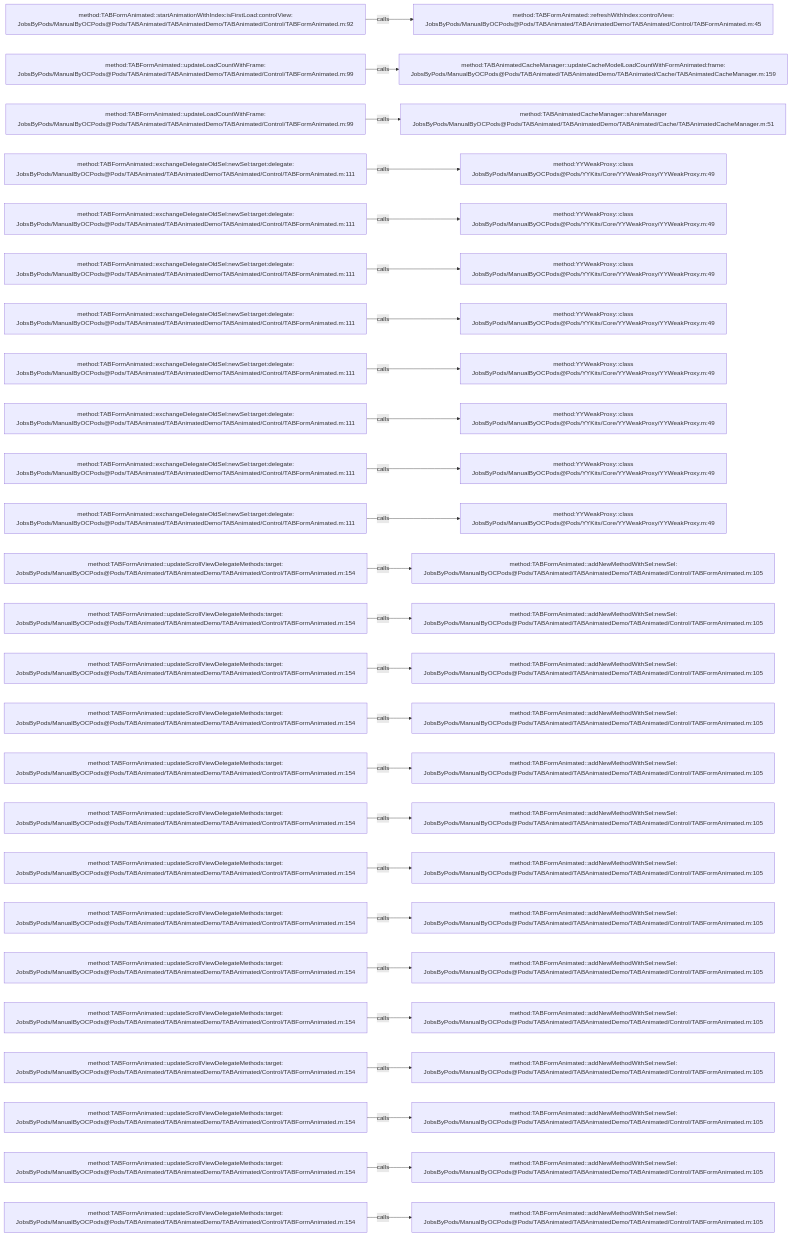
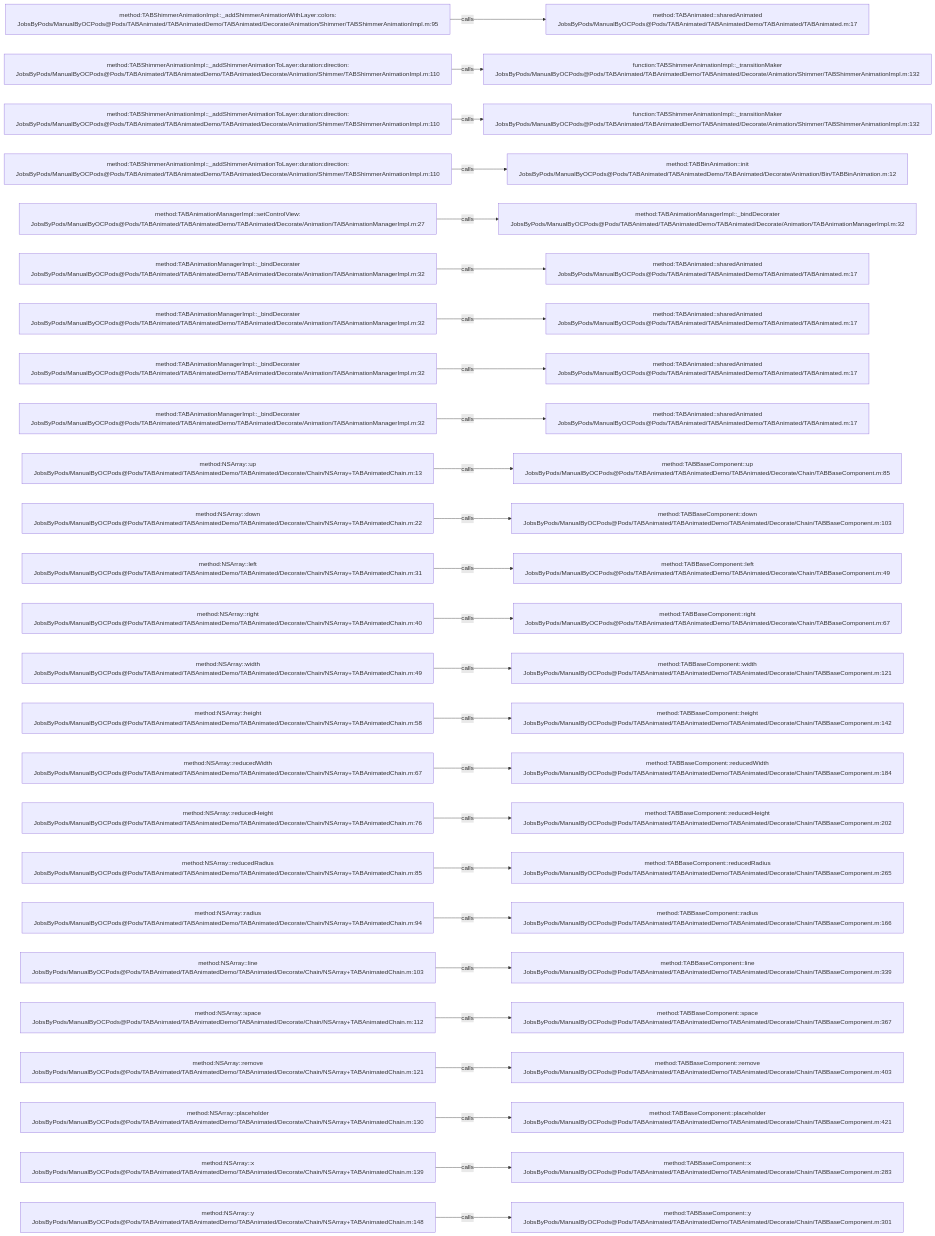
One commit to JobsKits/JobsOCBaseConfigDemo changed the diagram in .codegraph/codegraph.md/graphs/calls-022.md. Above: the diagram before and after it, drawn with Mermaid. The commit also changed 1448 other files, not shown here.

````diff
--- a/.codegraph/codegraph.md/graphs/calls-022.md
+++ b/.codegraph/codegraph.md/graphs/calls-022.md
@@ -13,78 +13,78 @@
 ```mermaid
 flowchart LR
-  S1["method:TABFormAnimated::startAnimationWithIndex:isFirstLoad:controlView:<br/>JobsByPods/ManualByOCPods@Pods/TABAnimated/TABAnimatedDemo/TABAnimated/Control/TABFormAnimated.m:92"]
-  T1["method:TABFormAnimated::refreshWithIndex:controlView:<br/>JobsByPods/ManualByOCPods@Pods/TABAnimated/TABAnimatedDemo/TABAnimated/Control/TABFormAnimated.m:45"]
+  S1["method:TABShimmerAnimationImpl::_addShimmerAnimationWithLayer:colors:<br/>JobsByPods/ManualByOCPods@Pods/TABAnimated/TABAnimatedDemo/TABAnimated/Decorate/Animation/Shimmer/TABShimmerAnimationImpl.m:95"]
+  T1["method:TABAnimated::sharedAnimated<br/>JobsByPods/ManualByOCPods@Pods/TABAnimated/TABAnimatedDemo/TABAnimated/TABAnimated.m:17"]
   S1 -->|calls| T1
-  S2["method:TABFormAnimated::updateLoadCountWithFrame:<br/>JobsByPods/ManualByOCPods@Pods/TABAnimated/TABAnimatedDemo/TABAnimated/Control/TABFormAnimated.m:99"]
-  T2["method:TABAnimatedCacheManager::updateCacheModelLoadCountWithFormAnimated:frame:<br/>JobsByPods/ManualByOCPods@Pods/TABAnimated/TABAnimatedDemo/TABAnimated/Cache/TABAnimatedCacheManager.m:159"]
+  S2["method:TABShimmerAnimationImpl::_addShimmerAnimationToLayer:duration:direction:<br/>JobsByPods/ManualByOCPods@Pods/TABAnimated/TABAnimatedDemo/TABAnimated/Decorate/Animation/Shimmer/TABShimmerAnimationImpl.m:110"]
+  T2["function:TABShimmerAnimationImpl::_transitionMaker<br/>JobsByPods/ManualByOCPods@Pods/TABAnimated/TABAnimatedDemo/TABAnimated/Decorate/Animation/Shimmer/TABShimmerAnimationImpl.m:132"]
   S2 -->|calls| T2
-  S3["method:TABFormAnimated::updateLoadCountWithFrame:<br/>JobsByPods/ManualByOCPods@Pods/TABAnimated/TABAnimatedDemo/TABAnimated/Control/TABFormAnimated.m:99"]
-  T3["method:TABAnimatedCacheManager::shareManager<br/>JobsByPods/ManualByOCPods@Pods/TABAnimated/TABAnimatedDemo/TABAnimated/Cache/TABAnimatedCacheManager.m:51"]
+  S3["method:TABShimmerAnimationImpl::_addShimmerAnimationToLayer:duration:direction:<br/>JobsByPods/ManualByOCPods@Pods/TABAnimated/TABAnimatedDemo/TABAnimated/Decorate/Animation/Shimmer/TABShimmerAnimationImpl.m:110"]
+  T3["function:TABShimmerAnimationImpl::_transitionMaker<br/>JobsByPods/ManualByOCPods@Pods/TABAnimated/TABAnimatedDemo/TABAnimated/Decorate/Animation/Shimmer/TABShimmerAnimationImpl.m:132"]
   S3 -->|calls| T3
-  S4["method:TABFormAnimated::exchangeDelegateOldSel:newSel:target:delegate:<br/>JobsByPods/ManualByOCPods@Pods/TABAnimated/TABAnimatedDemo/TABAnimated/Control/TABFormAnimated.m:111"]
-  T4["method:YYWeakProxy::class<br/>JobsByPods/ManualByOCPods@Pods/YYKits/Core/YYWeakProxy/YYWeakProxy.m:49"]
+  S4["method:TABShimmerAnimationImpl::_addShimmerAnimationToLayer:duration:direction:<br/>JobsByPods/ManualByOCPods@Pods/TABAnimated/TABAnimatedDemo/TABAnimated/Decorate/Animation/Shimmer/TABShimmerAnimationImpl.m:110"]
+  T4["method:TABBinAnimation::init<br/>JobsByPods/ManualByOCPods@Pods/TABAnimated/TABAnimatedDemo/TABAnimated/Decorate/Animation/Bin/TABBinAnimation.m:12"]
   S4 -->|calls| T4
-  S5["method:TABFormAnimated::exchangeDelegateOldSel:newSel:target:delegate:<br/>JobsByPods/ManualByOCPods@Pods/TABAnimated/TABAnimatedDemo/TABAnimated/Control/TABFormAnimated.m:111"]
-  T5["method:YYWeakProxy::class<br/>JobsByPods/ManualByOCPods@Pods/YYKits/Core/YYWeakProxy/YYWeakProxy.m:49"]
+  S5["method:TABAnimationManagerImpl::setControlView:<br/>JobsByPods/ManualByOCPods@Pods/TABAnimated/TABAnimatedDemo/TABAnimated/Decorate/Animation/TABAnimationManagerImpl.m:27"]
+  T5["method:TABAnimationManagerImpl::_bindDecorater<br/>JobsByPods/ManualByOCPods@Pods/TABAnimated/TABAnimatedDemo/TABAnimated/Decorate/Animation/TABAnimationManagerImpl.m:32"]
   S5 -->|calls| T5
-  S6["method:TABFormAnimated::exchangeDelegateOldSel:newSel:target:delegate:<br/>JobsByPods/ManualByOCPods@Pods/TABAnimated/TABAnimatedDemo/TABAnimated/Control/TABFormAnimated.m:111"]
-  T6["method:YYWeakProxy::class<br/>JobsByPods/ManualByOCPods@Pods/YYKits/Core/YYWeakProxy/YYWeakProxy.m:49"]
+  S6["method:TABAnimationManagerImpl::_bindDecorater<br/>JobsByPods/ManualByOCPods@Pods/TABAnimated/TABAnimatedDemo/TABAnimated/Decorate/Animation/TABAnimationManagerImpl.m:32"]
+  T6["method:TABAnimated::sharedAnimated<br/>JobsByPods/ManualByOCPods@Pods/TABAnimated/TABAnimatedDemo/TABAnimated/TABAnimated.m:17"]
   S6 -->|calls| T6
-  S7["method:TABFormAnimated::exchangeDelegateOldSel:newSel:target:delegate:<br/>JobsByPods/ManualByOCPods@Pods/TABAnimated/TABAnimatedDemo/TABAnimated/Control/TABFormAnimated.m:111"]
-  T7["method:YYWeakProxy::class<br/>JobsByPods/ManualByOCPods@Pods/YYKits/Core/YYWeakProxy/YYWeakProxy.m:49"]
+  S7["method:TABAnimationManagerImpl::_bindDecorater<br/>JobsByPods/ManualByOCPods@Pods/TABAnimated/TABAnimatedDemo/TABAnimated/Decorate/Animation/TABAnimationManagerImpl.m:32"]
+  T7["method:TABAnimated::sharedAnimated<br/>JobsByPods/ManualByOCPods@Pods/TABAnimated/TABAnimatedDemo/TABAnimated/TABAnimated.m:17"]
   S7 -->|calls| T7
-  S8["method:TABFormAnimated::exchangeDelegateOldSel:newSel:target:delegate:<br/>JobsByPods/ManualByOCPods@Pods/TABAnimated/TABAnimatedDemo/TABAnimated/Control/TABFormAnimated.m:111"]
-  T8["method:YYWeakProxy::class<br/>JobsByPods/ManualByOCPods@Pods/YYKits/Core/YYWeakProxy/YYWeakProxy.m:49"]
+  S8["method:TABAnimationManagerImpl::_bindDecorater<br/>JobsByPods/ManualByOCPods@Pods/TABAnimated/TABAnimatedDemo/TABAnimated/Decorate/Animation/TABAnimationManagerImpl.m:32"]
+  T8["method:TABAnimated::sharedAnimated<br/>JobsByPods/ManualByOCPods@Pods/TABAnimated/TABAnimatedDemo/TABAnimated/TABAnimated.m:17"]
   S8 -->|calls| T8
-  S9["method:TABFormAnimated::exchangeDelegateOldSel:newSel:target:delegate:<br/>JobsByPods/ManualByOCPods@Pods/TABAnimated/TABAnimatedDemo/TABAnimated/Control/TABFormAnimated.m:111"]
-  T9["method:YYWeakProxy::class<br/>JobsByPods/ManualByOCPods@Pods/YYKits/Core/YYWeakProxy/YYWeakProxy.m:49"]
+  S9["method:TABAnimationManagerImpl::_bindDecorater<br/>JobsByPods/ManualByOCPods@Pods/TABAnimated/TABAnimatedDemo/TABAnimated/Decorate/Animation/TABAnimationManagerImpl.m:32"]
+  T9["method:TABAnimated::sharedAnimated<br/>JobsByPods/ManualByOCPods@Pods/TABAnimated/TABAnimatedDemo/TABAnimated/TABAnimated.m:17"]
   S9 -->|calls| T9
-  S10["method:TABFormAnimated::exchangeDelegateOldSel:newSel:target:delegate:<br/>JobsByPods/ManualByOCPods@Pods/TABAnimated/TABAnimatedDemo/TABAnimated/Control/TABFormAnimated.m:111"]
-  T10["method:YYWeakProxy::class<br/>JobsByPods/ManualByOCPods@Pods/YYKits/Core/YYWeakProxy/YYWeakProxy.m:49"]
+  S10["method:NSArray::up<br/>JobsByPods/ManualByOCPods@Pods/TABAnimated/TABAnimatedDemo/TABAnimated/Decorate/Chain/NSArray+TABAnimatedChain.m:13"]
+  T10["method:TABBaseComponent::up<br/>JobsByPods/ManualByOCPods@Pods/TABAnimated/TABAnimatedDemo/TABAnimated/Decorate/Chain/TABBaseComponent.m:85"]
   S10 -->|calls| T10
-  S11["method:TABFormAnimated::exchangeDelegateOldSel:newSel:target:delegate:<br/>JobsByPods/ManualByOCPods@Pods/TABAnimated/TABAnimatedDemo/TABAnimated/Control/TABFormAnimated.m:111"]
-  T11["method:YYWeakProxy::class<br/>JobsByPods/ManualByOCPods@Pods/YYKits/Core/YYWeakProxy/YYWeakProxy.m:49"]
+  S11["method:NSArray::down<br/>JobsByPods/ManualByOCPods@Pods/TABAnimated/TABAnimatedDemo/TABAnimated/Decorate/Chain/NSArray+TABAnimatedChain.m:22"]
+  T11["method:TABBaseComponent::down<br/>JobsByPods/ManualByOCPods@Pods/TABAnimated/TABAnimatedDemo/TABAnimated/Decorate/Chain/TABBaseComponent.m:103"]
   S11 -->|calls| T11
-  S12["method:TABFormAnimated::updateScrollViewDelegateMethods:target:<br/>JobsByPods/ManualByOCPods@Pods/TABAnimated/TABAnimatedDemo/TABAnimated/Control/TABFormAnimated.m:154"]
-  T12["method:TABFormAnimated::addNewMethodWithSel:newSel:<br/>JobsByPods/ManualByOCPods@Pods/TABAnimated/TABAnimatedDemo/TABAnimated/Control/TABFormAnimated.m:105"]
+  S12["method:NSArray::left<br/>JobsByPods/ManualByOCPods@Pods/TABAnimated/TABAnimatedDemo/TABAnimated/Decorate/Chain/NSArray+TABAnimatedChain.m:31"]
+  T12["method:TABBaseComponent::left<br/>JobsByPods/ManualByOCPods@Pods/TABAnimated/TABAnimatedDemo/TABAnimated/Decorate/Chain/TABBaseComponent.m:49"]
   S12 -->|calls| T12
-  S13["method:TABFormAnimated::updateScrollViewDelegateMethods:target:<br/>JobsByPods/ManualByOCPods@Pods/TABAnimated/TABAnimatedDemo/TABAnimated/Control/TABFormAnimated.m:154"]
-  T13["method:TABFormAnimated::addNewMethodWithSel:newSel:<br/>JobsByPods/ManualByOCPods@Pods/TABAnimated/TABAnimatedDemo/TABAnimated/Control/TABFormAnimated.m:105"]
+  S13["method:NSArray::right<br/>JobsByPods/ManualByOCPods@Pods/TABAnimated/TABAnimatedDemo/TABAnimated/Decorate/Chain/NSArray+TABAnimatedChain.m:40"]
+  T13["method:TABBaseComponent::right<br/>JobsByPods/ManualByOCPods@Pods/TABAnimated/TABAnimatedDemo/TABAnimated/Decorate/Chain/TABBaseComponent.m:67"]
   S13 -->|calls| T13
-  S14["method:TABFormAnimated::updateScrollViewDelegateMethods:target:<br/>JobsByPods/ManualByOCPods@Pods/TABAnimated/TABAnimatedDemo/TABAnimated/Control/TABFormAnimated.m:154"]
-  T14["method:TABFormAnimated::addNewMethodWithSel:newSel:<br/>JobsByPods/ManualByOCPods@Pods/TABAnimated/TABAnimatedDemo/TABAnimated/Control/TABFormAnimated.m:105"]
+  S14["method:NSArray::width<br/>JobsByPods/ManualByOCPods@Pods/TABAnimated/TABAnimatedDemo/TABAnimated/Decorate/Chain/NSArray+TABAnimatedChain.m:49"]
+  T14["method:TABBaseComponent::width<br/>JobsByPods/ManualByOCPods@Pods/TABAnimated/TABAnimatedDemo/TABAnimated/Decorate/Chain/TABBaseComponent.m:121"]
   S14 -->|calls| T14
-  S15["method:TABFormAnimated::updateScrollViewDelegateMethods:target:<br/>JobsByPods/ManualByOCPods@Pods/TABAnimated/TABAnimatedDemo/TABAnimated/Control/TABFormAnimated.m:154"]
-  T15["method:TABFormAnimated::addNewMethodWithSel:newSel:<br/>JobsByPods/ManualByOCPods@Pods/TABAnimated/TABAnimatedDemo/TABAnimated/Control/TABFormAnimated.m:105"]
+  S15["method:NSArray::height<br/>JobsByPods/ManualByOCPods@Pods/TABAnimated/TABAnimatedDemo/TABAnimated/Decorate/Chain/NSArray+TABAnimatedChain.m:58"]
+  T15["method:TABBaseComponent::height<br/>JobsByPods/ManualByOCPods@Pods/TABAnimated/TABAnimatedDemo/TABAnimated/Decorate/Chain/TABBaseComponent.m:142"]
   S15 -->|calls| T15
-  S16["method:TABFormAnimated::updateScrollViewDelegateMethods:target:<br/>JobsByPods/ManualByOCPods@Pods/TABAnimated/TABAnimatedDemo/TABAnimated/Control/TABFormAnimated.m:154"]
-  T16["method:TABFormAnimated::addNewMethodWithSel:newSel:<br/>JobsByPods/ManualByOCPods@Pods/TABAnimated/TABAnimatedDemo/TABAnimated/Control/TABFormAnimated.m:105"]
+  S16["method:NSArray::reducedWidth<br/>JobsByPods/ManualByOCPods@Pods/TABAnimated/TABAnimatedDemo/TABAnimated/Decorate/Chain/NSArray+TABAnimatedChain.m:67"]
+  T16["method:TABBaseComponent::reducedWidth<br/>JobsByPods/ManualByOCPods@Pods/TABAnimated/TABAnimatedDemo/TABAnimated/Decorate/Chain/TABBaseComponent.m:184"]
   S16 -->|calls| T16
-  S17["method:TABFormAnimated::updateScrollViewDelegateMethods:target:<br/>JobsByPods/ManualByOCPods@Pods/TABAnimated/TABAnimatedDemo/TABAnimated/Control/TABFormAnimated.m:154"]
-  T17["method:TABFormAnimated::addNewMethodWithSel:newSel:<br/>JobsByPods/ManualByOCPods@Pods/TABAnimated/TABAnimatedDemo/TABAnimated/Control/TABFormAnimated.m:105"]
+  S17["method:NSArray::reducedHeight<br/>JobsByPods/ManualByOCPods@Pods/TABAnimated/TABAnimatedDemo/TABAnimated/Decorate/Chain/NSArray+TABAnimatedChain.m:76"]
+  T17["method:TABBaseComponent::reducedHeight<br/>JobsByPods/ManualByOCPods@Pods/TABAnimated/TABAnimatedDemo/TABAnimated/Decorate/Chain/TABBaseComponent.m:202"]
   S17 -->|calls| T17
-  S18["method:TABFormAnimated::updateScrollViewDelegateMethods:target:<br/>JobsByPods/ManualByOCPods@Pods/TABAnimated/TABAnimatedDemo/TABAnimated/Control/TABFormAnimated.m:154"]
-  T18["method:TABFormAnimated::addNewMethodWithSel:newSel:<br/>JobsByPods/ManualByOCPods@Pods/TABAnimated/TABAnimatedDemo/TABAnimated/Control/TABFormAnimated.m:105"]
+  S18["method:NSArray::reducedRadius<br/>JobsByPods/ManualByOCPods@Pods/TABAnimated/TABAnimatedDemo/TABAnimated/Decorate/Chain/NSArray+TABAnimatedChain.m:85"]
+  T18["method:TABBaseComponent::reducedRadius<br/>JobsByPods/ManualByOCPods@Pods/TABAnimated/TABAnimatedDemo/TABAnimated/Decorate/Chain/TABBaseComponent.m:265"]
   S18 -->|calls| T18
-  S19["method:TABFormAnimated::updateScrollViewDelegateMethods:target:<br/>JobsByPods/ManualByOCPods@Pods/TABAnimated/TABAnimatedDemo/TABAnimated/Control/TABFormAnimated.m:154"]
-  T19["method:TABFormAnimated::addNewMethodWithSel:newSel:<br/>JobsByPods/ManualByOCPods@Pods/TABAnimated/TABAnimatedDemo/TABAnimated/Control/TABFormAnimated.m:105"]
+  S19["method:NSArray::radius<br/>JobsByPods/ManualByOCPods@Pods/TABAnimated/TABAnimatedDemo/TABAnimated/Decorate/Chain/NSArray+TABAnimatedChain.m:94"]
+  T19["method:TABBaseComponent::radius<br/>JobsByPods/ManualByOCPods@Pods/TABAnimated/TABAnimatedDemo/TABAnimated/Decorate/Chain/TABBaseComponent.m:166"]
   S19 -->|calls| T19
-  S20["method:TABFormAnimated::updateScrollViewDelegateMethods:target:<br/>JobsByPods/ManualByOCPods@Pods/TABAnimated/TABAnimatedDemo/TABAnimated/Control/TABFormAnimated.m:154"]
-  T20["method:TABFormAnimated::addNewMethodWithSel:newSel:<br/>JobsByPods/ManualByOCPods@Pods/TABAnimated/TABAnimatedDemo/TABAnimated/Control/TABFormAnimated.m:105"]
+  S20["method:NSArray::line<br/>JobsByPods/ManualByOCPods@Pods/TABAnimated/TABAnimatedDemo/TABAnimated/Decorate/Chain/NSArray+TABAnimatedChain.m:103"]
+  T20["method:TABBaseComponent::line<br/>JobsByPods/ManualByOCPods@Pods/TABAnimated/TABAnimatedDemo/TABAnimated/Decorate/Chain/TABBaseComponent.m:339"]
   S20 -->|calls| T20
-  S21["method:TABFormAnimated::updateScrollViewDelegateMethods:target:<br/>JobsByPods/ManualByOCPods@Pods/TABAnimated/TABAnimatedDemo/TABAnimated/Control/TABFormAnimated.m:154"]
-  T21["method:TABFormAnimated::addNewMethodWithSel:newSel:<br/>JobsByPods/ManualByOCPods@Pods/TABAnimated/TABAnimatedDemo/TABAnimated/Control/TABFormAnimated.m:105"]
+  S21["method:NSArray::space<br/>JobsByPods/ManualByOCPods@Pods/TABAnimated/TABAnimatedDemo/TABAnimated/Decorate/Chain/NSArray+TABAnimatedChain.m:112"]
+  T21["method:TABBaseComponent::space<br/>JobsByPods/ManualByOCPods@Pods/TABAnimated/TABAnimatedDemo/TABAnimated/Decorate/Chain/TABBaseComponent.m:367"]
   S21 -->|calls| T21
-  S22["method:TABFormAnimated::updateScrollViewDelegateMethods:target:<br/>JobsByPods/ManualByOCPods@Pods/TABAnimated/TABAnimatedDemo/TABAnimated/Control/TABFormAnimated.m:154"]
-  T22["method:TABFormAnimated::addNewMethodWithSel:newSel:<br/>JobsByPods/ManualByOCPods@Pods/TABAnimated/TABAnimatedDemo/TABAnimated/Control/TABFormAnimated.m:105"]
+  S22["method:NSArray::remove<br/>JobsByPods/ManualByOCPods@Pods/TABAnimated/TABAnimatedDemo/TABAnimated/Decorate/Chain/NSArray+TABAnimatedChain.m:121"]
+  T22["method:TABBaseComponent::remove<br/>JobsByPods/ManualByOCPods@Pods/TABAnimated/TABAnimatedDemo/TABAnimated/Decorate/Chain/TABBaseComponent.m:403"]
   S22 -->|calls| T22
-  S23["method:TABFormAnimated::updateScrollViewDelegateMethods:target:<br/>JobsByPods/ManualByOCPods@Pods/TABAnimated/TABAnimatedDemo/TABAnimated/Control/TABFormAnimated.m:154"]
-  T23["method:TABFormAnimated::addNewMethodWithSel:newSel:<br/>JobsByPods/ManualByOCPods@Pods/TABAnimated/TABAnimatedDemo/TABAnimated/Control/TABFormAnimated.m:105"]
+  S23["method:NSArray::placeholder<br/>JobsByPods/ManualByOCPods@Pods/TABAnimated/TABAnimatedDemo/TABAnimated/Decorate/Chain/NSArray+TABAnimatedChain.m:130"]
+  T23["method:TABBaseComponent::placeholder<br/>JobsByPods/ManualByOCPods@Pods/TABAnimated/TABAnimatedDemo/TABAnimated/Decorate/Chain/TABBaseComponent.m:421"]
   S23 -->|calls| T23
-  S24["method:TABFormAnimated::updateScrollViewDelegateMethods:target:<br/>JobsByPods/ManualByOCPods@Pods/TABAnimated/TABAnimatedDemo/TABAnimated/Control/TABFormAnimated.m:154"]
-  T24["method:TABFormAnimated::addNewMethodWithSel:newSel:<br/>JobsByPods/ManualByOCPods@Pods/TABAnimated/TABAnimatedDemo/TABAnimated/Control/TABFormAnimated.m:105"]
+  S24["method:NSArray::x<br/>JobsByPods/ManualByOCPods@Pods/TABAnimated/TABAnimatedDemo/TABAnimated/Decorate/Chain/NSArray+TABAnimatedChain.m:139"]
+  T24["method:TABBaseComponent::x<br/>JobsByPods/ManualByOCPods@Pods/TABAnimated/TABAnimatedDemo/TABAnimated/Decorate/Chain/TABBaseComponent.m:283"]
   S24 -->|calls| T24
-  S25["method:TABFormAnimated::updateScrollViewDelegateMethods:target:<br/>JobsByPods/ManualByOCPods@Pods/TABAnimated/TABAnimatedDemo/TABAnimated/Control/TABFormAnimated.m:154"]
-  T25["method:TABFormAnimated::addNewMethodWithSel:newSel:<br/>JobsByPods/ManualByOCPods@Pods/TABAnimated/TABAnimatedDemo/TABAnimated/Control/TABFormAnimated.m:105"]
+  S25["method:NSArray::y<br/>JobsByPods/ManualByOCPods@Pods/TABAnimated/TABAnimatedDemo/TABAnimated/Decorate/Chain/NSArray+TABAnimatedChain.m:148"]
+  T25["method:TABBaseComponent::y<br/>JobsByPods/ManualByOCPods@Pods/TABAnimated/TABAnimatedDemo/TABAnimated/Decorate/Chain/TABBaseComponent.m:301"]
   S25 -->|calls| T25
 ```
````
